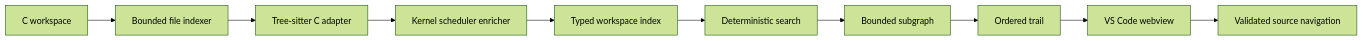
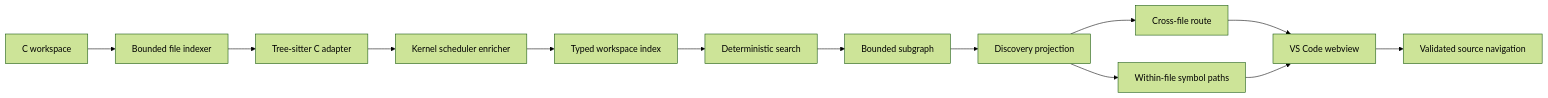
The diagram in docs/architecture.md (crankysmh47/CodeTrail), drawn with Mermaid (forest theme) before and after one commit. The commit also changed other lines of this file and 5 other files, not shown here.

Commit message:
docs: finalize the CodeTrail relationship discovery release

````diff
--- a/docs/architecture.md
+++ b/docs/architecture.md
@@ -5,12 +5,15 @@
 ```mermaid
 flowchart LR
     A["C workspace"] --> B["Bounded file indexer"]
     B --> C["Tree-sitter C adapter"]
     C --> D["Kernel scheduler enricher"]
     D --> E["Typed workspace index"]
     E --> F["Deterministic search"]
     F --> G["Bounded subgraph"]
-    G --> H["Ordered trail"]
-    H --> I["VS Code webview"]
-    I --> J["Validated source navigation"]
+    G --> H["Discovery projection"]
+    H --> I["Cross-file route"]
+    H --> J["Within-file symbol paths"]
+    I --> K["VS Code webview"]
+    J --> K
+    K --> L["Validated source navigation"]
 ```
````
